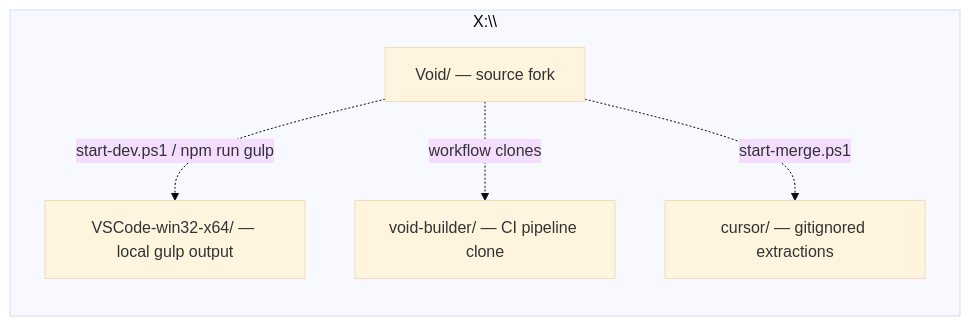
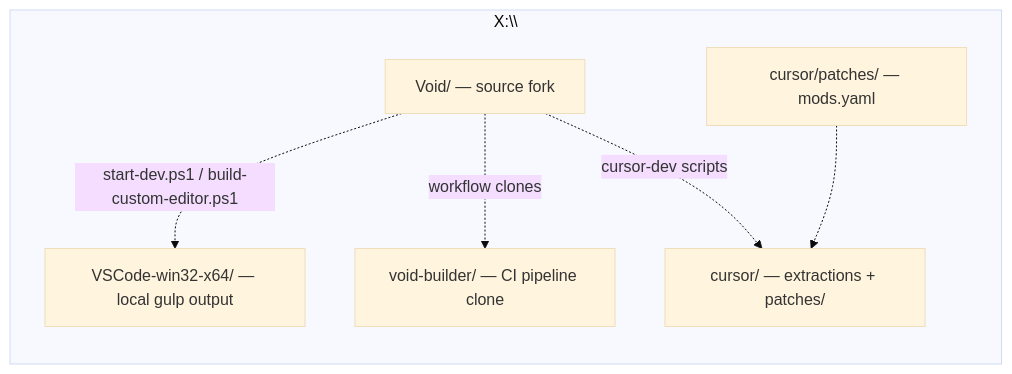
One commit to agnisadhak01/void changed the second of 2 diagrams in docs/INDEX.md. Above: the diagram before and after it, drawn with Mermaid (base theme). The commit also changed other lines of this file and 21 other files, not shown here.

Commit message:
Refactor project branding from "Void" to "Pulse" across product.json, documentation, and scripts. Update .gitignore to track cursor patches and mods. Enhance HOW_TO_CONTRIBUTE and BUILD documentation with new development workflows and instructions for Cursor feature integration.

````diff
--- a/docs/INDEX.md
+++ b/docs/INDEX.md
@@ -75,13 +80,15 @@
 ```mermaid
 graph LR
   subgraph X_drive["X:\\"]
     VOID["Void/ — source fork"]
     BUILDER["void-builder/ — CI pipeline clone"]
     OUTPUT["VSCode-win32-x64/ — local gulp output"]
-    CURSOR_DIR["cursor/ — gitignored extractions"]
+    CURSOR_DIR["cursor/ — extractions + patches/"]
+    CURSOR_PATCHES["cursor/patches/ — mods.yaml"]
   end
 
-  VOID -.->|start-dev.ps1 / npm run gulp| OUTPUT
+  VOID -.->|start-dev.ps1 / build-custom-editor.ps1| OUTPUT
   VOID -.->|workflow clones| BUILDER
-  VOID -.->|start-merge.ps1| CURSOR_DIR
+  VOID -.->|cursor-dev scripts| CURSOR_DIR
+  CURSOR_PATCHES -.-> CURSOR_DIR
 ```
````
